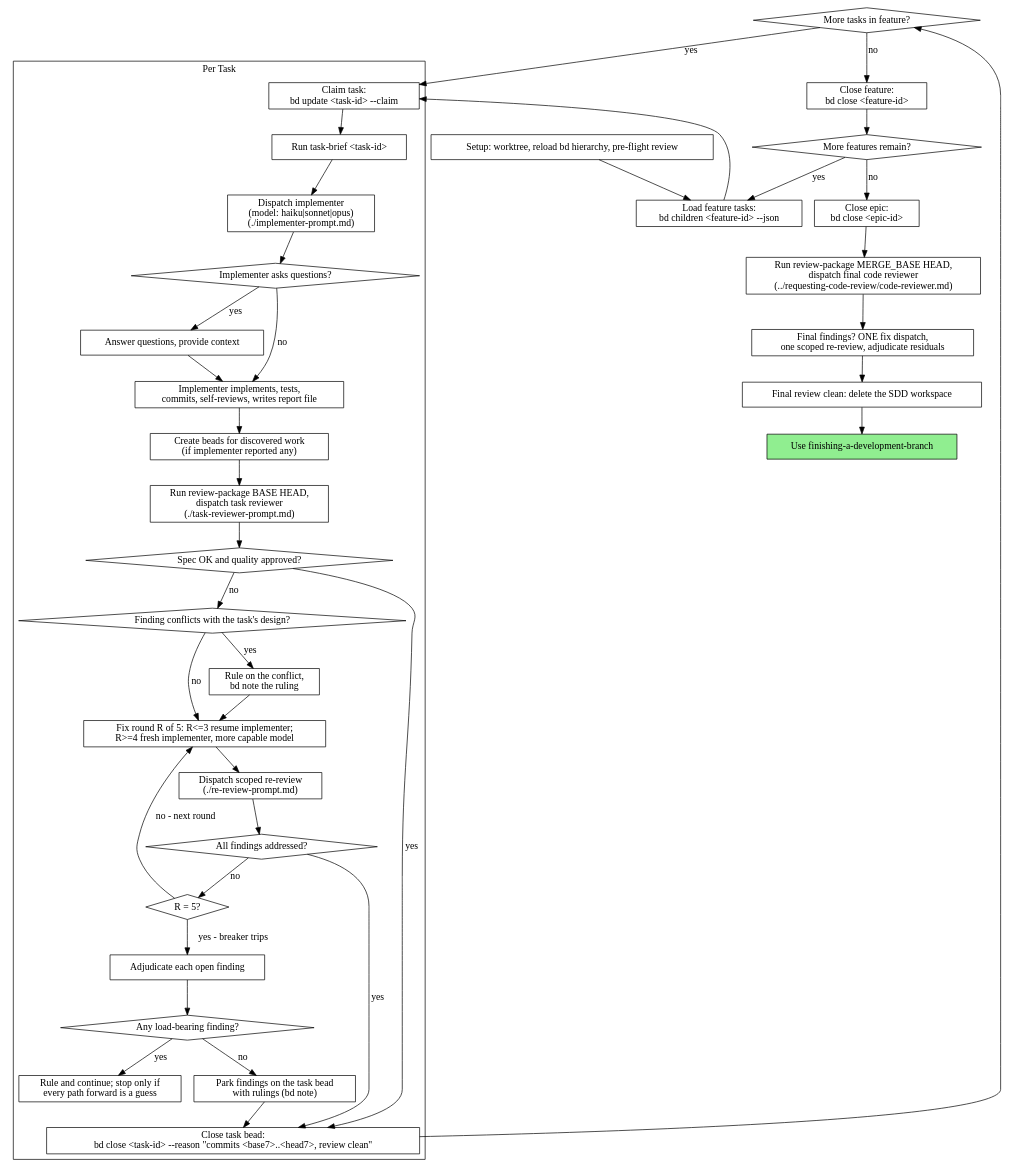
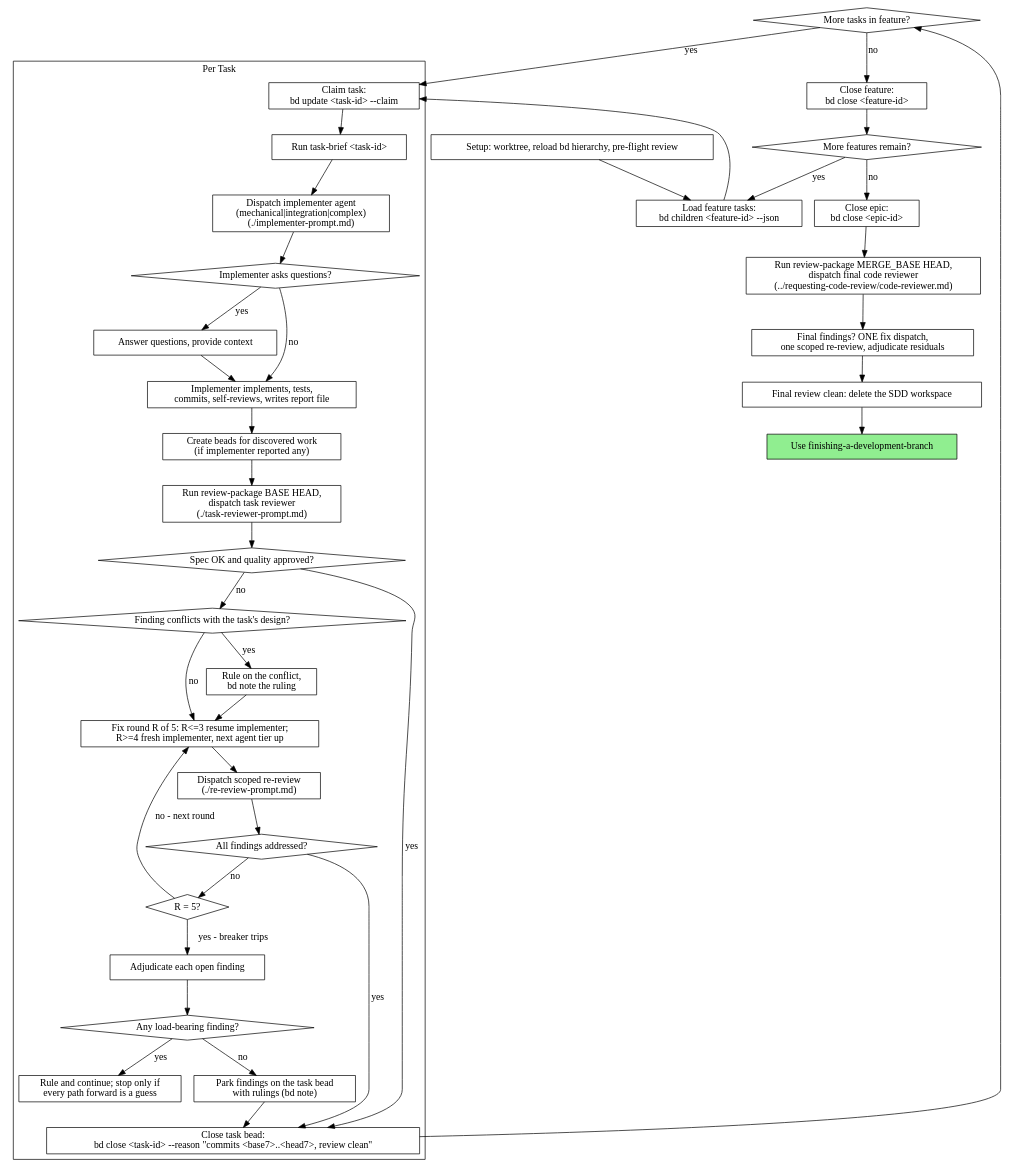
The second of 2 diagrams in plugins/joe-bag-of-tricks/skills/subagent-driven-development/SKILL.md (jwp23/joe-bag-of-tricks), drawn with Graphviz before and after one commit. The commit also changed other lines of this file and 13 other files, not shown here.

Commit message:
feat: effort-pinned agent roster with agent-type dispatch and fable adjudicator (#26)

````diff
--- a/plugins/joe-bag-of-tricks/skills/subagent-driven-development/SKILL.md
+++ b/plugins/joe-bag-of-tricks/skills/subagent-driven-development/SKILL.md
@@ -61,77 +61,77 @@
 ```dot
 digraph process {
     rankdir=TB;
 
     subgraph cluster_per_task {
         label="Per Task";
         "Claim task:\nbd update <task-id> --claim" [shape=box];
         "Run task-brief <task-id>" [shape=box];
-        "Dispatch implementer\n(model: haiku|sonnet|opus)\n(./implementer-prompt.md)" [shape=box];
+        "Dispatch implementer agent\n(mechanical|integration|complex)\n(./implementer-prompt.md)" [shape=box];
         "Implementer asks questions?" [shape=diamond];
         "Answer questions, provide context" [shape=box];
         "Implementer implements, tests,\ncommits, self-reviews, writes report file" [shape=box];
         "Create beads for discovered work\n(if implementer reported any)" [shape=box];
         "Run review-package BASE HEAD,\ndispatch task reviewer\n(./task-reviewer-prompt.md)" [shape=box];
         "Spec OK and quality approved?" [shape=diamond];
         "Finding conflicts with the task's design?" [shape=diamond];
         "Rule on the conflict,\nbd note the ruling" [shape=box];
-        "Fix round R of 5: R<=3 resume implementer;\nR>=4 fresh implementer, more capable model" [shape=box];
+        "Fix round R of 5: R<=3 resume implementer;\nR>=4 fresh implementer, next agent tier up" [shape=box];
         "Dispatch scoped re-review\n(./re-review-prompt.md)" [shape=box];
         "All findings addressed?" [shape=diamond];
         "R = 5?" [shape=diamond];
         "Adjudicate each open finding" [shape=box];
         "Any load-bearing finding?" [shape=diamond];
         "Rule and continue; stop only if\nevery path forward is a guess" [shape=box];
         "Park findings on the task bead\nwith rulings (bd note)" [shape=box];
         "Close task bead:\nbd close <task-id> --reason \"commits <base7>..<head7>, review clean\"" [shape=box];
     }
 
     "Setup: worktree, reload bd hierarchy, pre-flight review" [shape=box];
     "Load feature tasks:\nbd children <feature-id> --json" [shape=box];
     "More tasks in feature?" [shape=diamond];
     "Close feature:\nbd close <feature-id>" [shape=box];
     "More features remain?" [shape=diamond];
     "Close epic:\nbd close <epic-id>" [shape=box];
     "Run review-package MERGE_BASE HEAD,\ndispatch final code reviewer\n(../requesting-code-review/code-reviewer.md)" [shape=box];
     "Final findings? ONE fix dispatch,\none scoped re-review, adjudicate residuals" [shape=box];
     "Final review clean: delete the SDD workspace" [shape=box];
     "Use finishing-a-development-branch" [shape=box style=filled fillcolor=lightgreen];
 
     "Setup: worktree, reload bd hierarchy, pre-flight review" -> "Load feature tasks:\nbd children <feature-id> --json";
     "Load feature tasks:\nbd children <feature-id> --json" -> "Claim task:\nbd update <task-id> --claim";
     "Claim task:\nbd update <task-id> --claim" -> "Run task-brief <task-id>";
-    "Run task-brief <task-id>" -> "Dispatch implementer\n(model: haiku|sonnet|opus)\n(./implementer-prompt.md)";
-    "Dispatch implementer\n(model: haiku|sonnet|opus)\n(./implementer-prompt.md)" -> "Implementer asks questions?";
+    "Run task-brief <task-id>" -> "Dispatch implementer agent\n(mechanical|integration|complex)\n(./implementer-prompt.md)";
+    "Dispatch implementer agent\n(mechanical|integration|complex)\n(./implementer-prompt.md)" -> "Implementer asks questions?";
     "Implementer asks questions?" -> "Answer questions, provide context" [label="yes"];
     "Answer questions, provide context" -> "Implementer implements, tests,\ncommits, self-reviews, writes report file";
     "Implementer asks questions?" -> "Implementer implements, tests,\ncommits, self-reviews, writes report file" [label="no"];
     "Implementer implements, tests,\ncommits, self-reviews, writes report file" -> "Create beads for discovered work\n(if implementer reported any)";
     "Create beads for discovered work\n(if implementer reported any)" -> "Run review-package BASE HEAD,\ndispatch task reviewer\n(./task-reviewer-prompt.md)";
     "Run review-package BASE HEAD,\ndispatch task reviewer\n(./task-reviewer-prompt.md)" -> "Spec OK and quality approved?";
     "Spec OK and quality approved?" -> "Close task bead:\nbd close <task-id> --reason \"commits <base7>..<head7>, review clean\"" [label="yes"];
     "Spec OK and quality approved?" -> "Finding conflicts with the task's design?" [label="no"];
     "Finding conflicts with the task's design?" -> "Rule on the conflict,\nbd note the ruling" [label="yes"];
-    "Rule on the conflict,\nbd note the ruling" -> "Fix round R of 5: R<=3 resume implementer;\nR>=4 fresh implementer, more capable model";
-    "Finding conflicts with the task's design?" -> "Fix round R of 5: R<=3 resume implementer;\nR>=4 fresh implementer, more capable model" [label="no"];
-    "Fix round R of 5: R<=3 resume implementer;\nR>=4 fresh implementer, more capable model" -> "Dispatch scoped re-review\n(./re-review-prompt.md)";
+    "Rule on the conflict,\nbd note the ruling" -> "Fix round R of 5: R<=3 resume implementer;\nR>=4 fresh implementer, next agent tier up";
+    "Finding conflicts with the task's design?" -> "Fix round R of 5: R<=3 resume implementer;\nR>=4 fresh implementer, next agent tier up" [label="no"];
+    "Fix round R of 5: R<=3 resume implementer;\nR>=4 fresh implementer, next agent tier up" -> "Dispatch scoped re-review\n(./re-review-prompt.md)";
     "Dispatch scoped re-review\n(./re-review-prompt.md)" -> "All findings addressed?";
     "All findings addressed?" -> "Close task bead:\nbd close <task-id> --reason \"commits <base7>..<head7>, review clean\"" [label="yes"];
     "All findings addressed?" -> "R = 5?" [label="no"];
-    "R = 5?" -> "Fix round R of 5: R<=3 resume implementer;\nR>=4 fresh implementer, more capable model" [label="no - next round"];
+    "R = 5?" -> "Fix round R of 5: R<=3 resume implementer;\nR>=4 fresh implementer, next agent tier up" [label="no - next round"];
     "R = 5?" -> "Adjudicate each open finding" [label="yes - breaker trips"];
     "Adjudicate each open finding" -> "Any load-bearing finding?";
     "Any load-bearing finding?" -> "Rule and continue; stop only if\nevery path forward is a guess" [label="yes"];
     "Any load-bearing finding?" -> "Park findings on the task bead\nwith rulings (bd note)" [label="no"];
     "Park findings on the task bead\nwith rulings (bd note)" -> "Close task bead:\nbd close <task-id> --reason \"commits <base7>..<head7>, review clean\"";
     "Close task bead:\nbd close <task-id> --reason \"commits <base7>..<head7>, review clean\"" -> "More tasks in feature?";
     "More tasks in feature?" -> "Claim task:\nbd update <task-id> --claim" [label="yes"];
     "More tasks in feature?" -> "Close feature:\nbd close <feature-id>" [label="no"];
     "Close feature:\nbd close <feature-id>" -> "More features remain?";
     "More features remain?" -> "Load feature tasks:\nbd children <feature-id> --json" [label="yes"];
     "More features remain?" -> "Close epic:\nbd close <epic-id>" [label="no"];
     "Close epic:\nbd close <epic-id>" -> "Run review-package MERGE_BASE HEAD,\ndispatch final code reviewer\n(../requesting-code-review/code-reviewer.md)";
     "Run review-package MERGE_BASE HEAD,\ndispatch final code reviewer\n(../requesting-code-review/code-reviewer.md)" -> "Final findings? ONE fix dispatch,\none scoped re-review, adjudicate residuals";
     "Final findings? ONE fix dispatch,\none scoped re-review, adjudicate residuals" -> "Final review clean: delete the SDD workspace";
     "Final review clean: delete the SDD workspace" -> "Use finishing-a-development-branch";
 }
 ```
````
